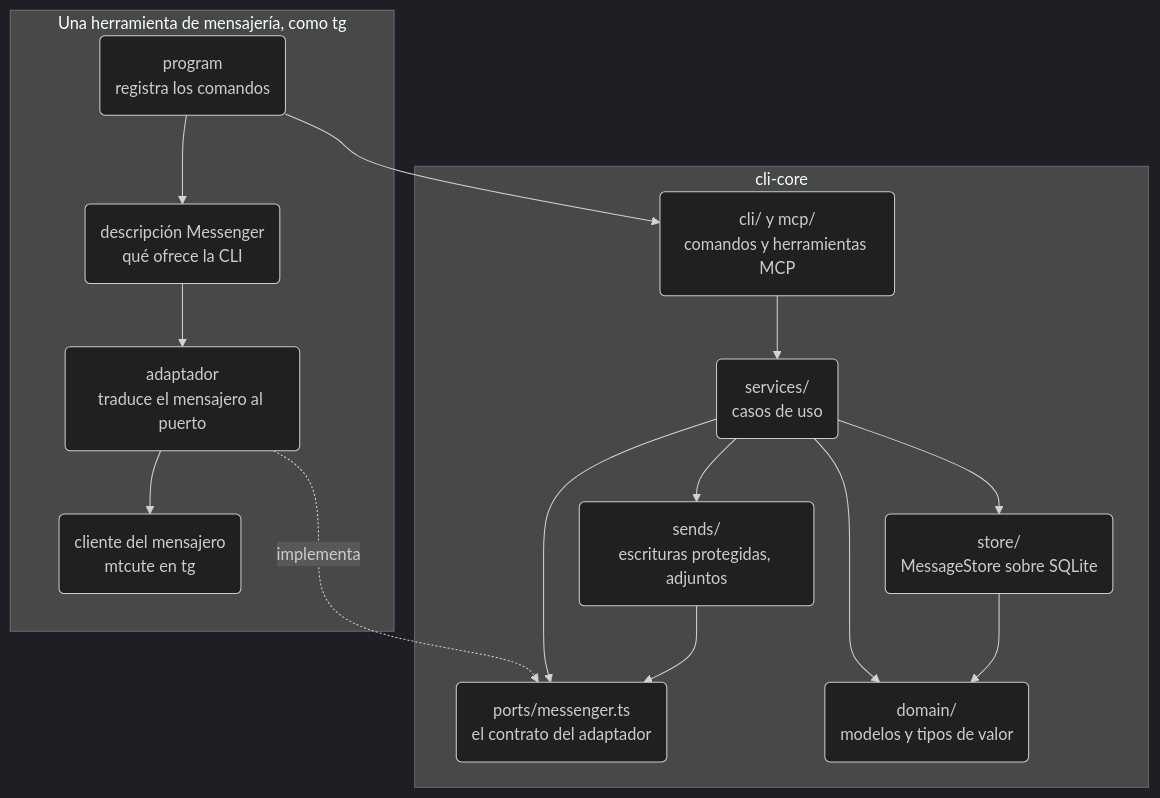
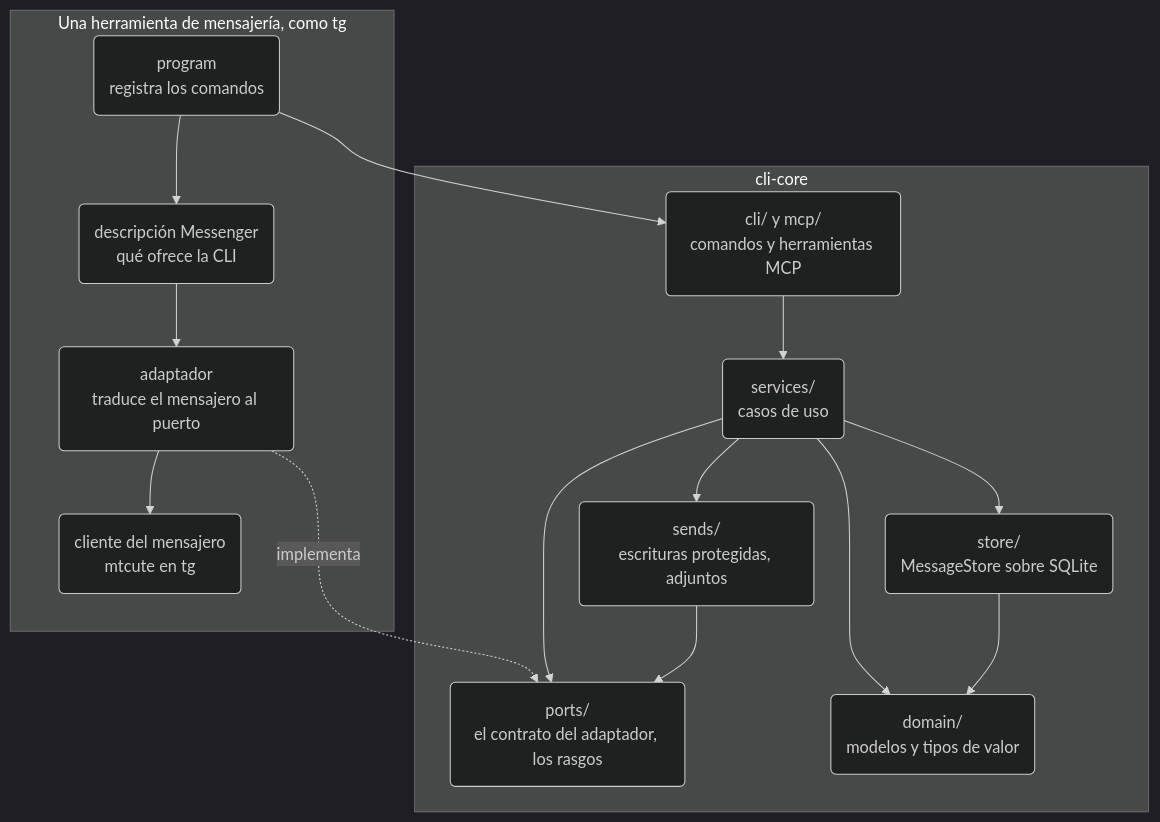
One commit to WireCatLabs/cli-docs changed the second of 5 diagrams in content/docs/code-design.es.mdx. Above: the diagram before and after it, drawn with Mermaid (dark theme). The commit also changed other lines of this file and 2 other files, not shown here.

First line of the commit message:
docs(code-design): services see MessengerTraits and import nothing from cli/

````diff
--- a/content/docs/code-design.es.mdx
+++ b/content/docs/code-design.es.mdx
@@ -60,29 +60,29 @@
 ```mermaid Las capas de cli-core y cómo se conecta una herramienta
 graph TB
   subgraph TOOL["Una herramienta de mensajería, como tg"]
     Program("program<br>registra los comandos")
     Describe("descripción Messenger<br>qué ofrece la CLI")
     Adapter("adaptador<br>traduce el mensajero al puerto")
     Client("cliente del mensajero<br>mtcute en tg")
   end
   subgraph CORE["cli-core"]
     Cli("cli/ y mcp/<br>comandos y herramientas MCP")
     Services("services/<br>casos de uso")
     Sends("sends/<br>escrituras protegidas, adjuntos")
-    Port("ports/messenger.ts<br>el contrato del adaptador")
+    Port("ports/<br>el contrato del adaptador, los rasgos")
     Store("store/<br>MessageStore sobre SQLite")
     Domain("domain/<br>modelos y tipos de valor")
   end
   Program --> Cli
   Program --> Describe
   Describe --> Adapter
   Adapter --> Client
   Adapter -.->|implementa| Port
   Cli --> Services
   Services --> Sends
   Services --> Port
   Services --> Store
   Sends --> Port
   Services --> Domain
   Store --> Domain
 ```
````
